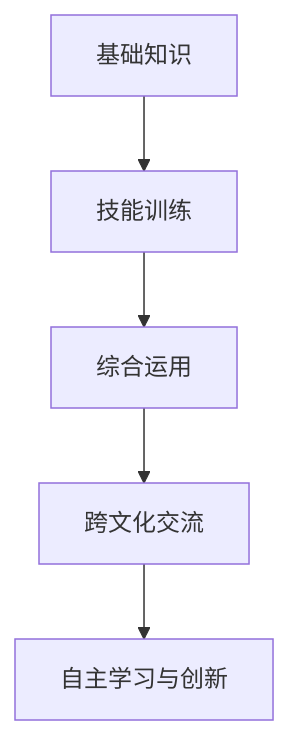
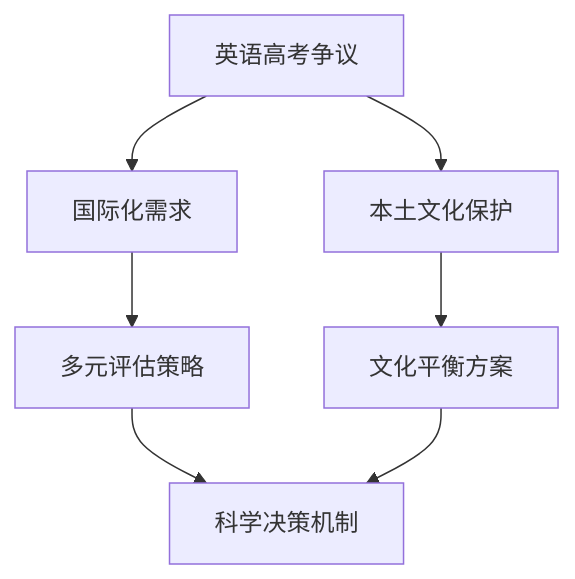
One commit to AdaMartin18010/SeniorEnducation changed the seventh of 12 diagrams in 02-核心学科理论/09-英语教育理论与实践/01-英语教育理论与实践.md. Above: the diagram before and after it, drawn with Mermaid. The commit also changed other lines of this file and 10 other files, not shown here.

````diff
--- a/02-核心学科理论/09-英语教育理论与实践/01-英语教育理论与实践.md
+++ b/02-核心学科理论/09-英语教育理论与实践/01-英语教育理论与实践.md
@@ -143,7 +301,9 @@
 ```mermaid
 graph TD
-    A[基础知识] --> B[技能训练]
-    B --> C[综合运用]
-    C --> D[跨文化交流]
-    D --> E[自主学习与创新]
+    A[英语高考争议] --> B[国际化需求]
+    A --> C[本土文化保护]
+    B --> D[多元评估策略]
+    C --> E[文化平衡方案]
+    D --> F[科学决策机制]
+    E --> F
 ```
````
